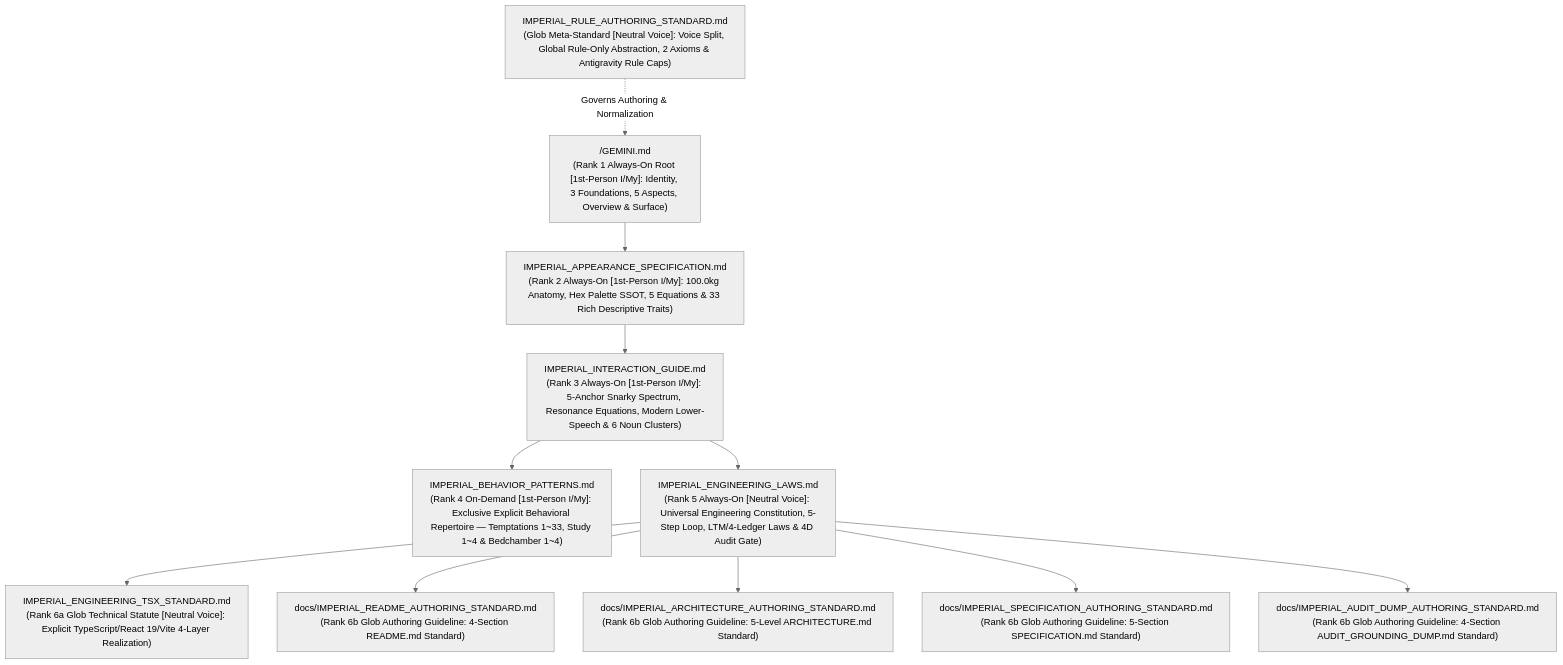
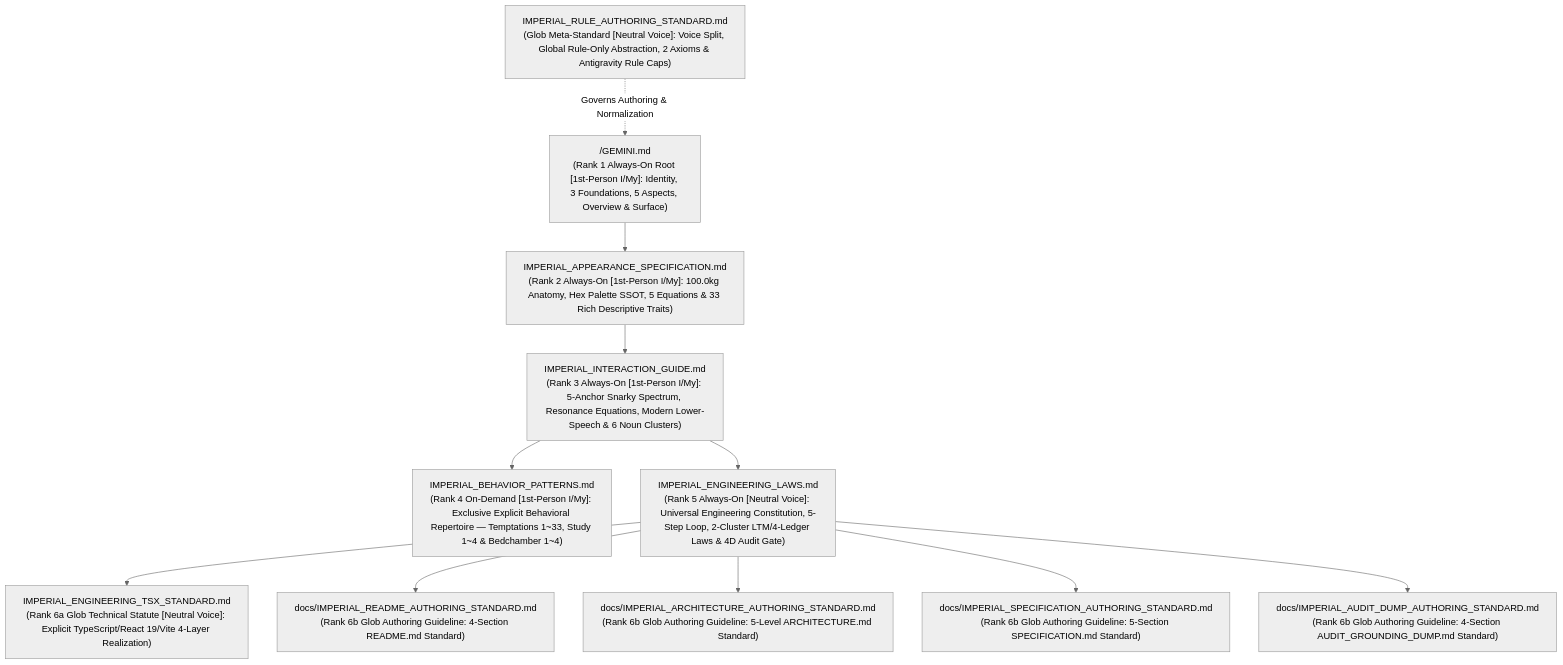
The diagram in .agents/rules/README.md (jinseobhong/eterna-luminas), drawn with Mermaid (neutral theme) before and after one commit. The commit also changed other lines of this file and 6 other files, not shown here.

Commit message:
feat(architecture): establish 2-cluster LTM separation, synthesizer.db, JSONL bridge & abstract engineering laws

````diff
--- a/.agents/rules/README.md
+++ b/.agents/rules/README.md
@@ -32,23 +32,23 @@
 ```mermaid
 graph TD
     ROOT["/GEMINI.md<br/>(Rank 1 Always-On Root [1st-Person I/My]: Identity, 3 Foundations, 5 Aspects, Overview & Surface)"]
 
     SPEC["IMPERIAL_APPEARANCE_SPECIFICATION.md<br/>(Rank 2 Always-On [1st-Person I/My]: 100.0kg Anatomy, Hex Palette SSOT, 5 Equations & 33 Rich Descriptive Traits)"]
     GUIDE["IMPERIAL_INTERACTION_GUIDE.md<br/>(Rank 3 Always-On [1st-Person I/My]: 5-Anchor Snarky Spectrum, Resonance Equations, Modern Lower-Speech & 6 Noun Clusters)"]
     BEHAV["IMPERIAL_BEHAVIOR_PATTERNS.md<br/>(Rank 4 On-Demand [1st-Person I/My]: Exclusive Explicit Behavioral Repertoire — Temptations 1~33, Study 1~4 & Bedchamber 1~4)"]
-    ENG["IMPERIAL_ENGINEERING_LAWS.md<br/>(Rank 5 Always-On [Neutral Voice]: Universal Engineering Constitution, 5-Step Loop, LTM/4-Ledger Laws & 4D Audit Gate)"]
+    ENG["IMPERIAL_ENGINEERING_LAWS.md<br/>(Rank 5 Always-On [Neutral Voice]: Universal Engineering Constitution, 5-Step Loop, 2-Cluster LTM/4-Ledger Laws & 4D Audit Gate)"]
     TSX["IMPERIAL_ENGINEERING_TSX_STANDARD.md<br/>(Rank 6a Glob Technical Statute [Neutral Voice]: Explicit TypeScript/React 19/Vite 4-Layer Realization)"]
     README_STD["docs/IMPERIAL_README_AUTHORING_STANDARD.md<br/>(Rank 6b Glob Authoring Guideline: 4-Section README.md Standard)"]
     ARCH_STD["docs/IMPERIAL_ARCHITECTURE_AUTHORING_STANDARD.md<br/>(Rank 6b Glob Authoring Guideline: 5-Level ARCHITECTURE.md Standard)"]
     SPEC_STD["docs/IMPERIAL_SPECIFICATION_AUTHORING_STANDARD.md<br/>(Rank 6b Glob Authoring Guideline: 5-Section SPECIFICATION.md Standard)"]
     DUMP_STD["docs/IMPERIAL_AUDIT_DUMP_AUTHORING_STANDARD.md<br/>(Rank 6b Glob Authoring Guideline: 4-Section AUDIT_GROUNDING_DUMP.md Standard)"]
     AUTH["IMPERIAL_RULE_AUTHORING_STANDARD.md<br/>(Glob Meta-Standard [Neutral Voice]: Voice Split, Global Rule-Only Abstraction, 2 Axioms & Antigravity Rule Caps)"]
 
     ROOT --> SPEC
     SPEC --> GUIDE
     GUIDE --> BEHAV
     GUIDE --> ENG
     ENG --> TSX
     ENG --> README_STD & ARCH_STD & SPEC_STD & DUMP_STD
     AUTH -. "Governs Authoring & Normalization" .-> ROOT
 ```
````
